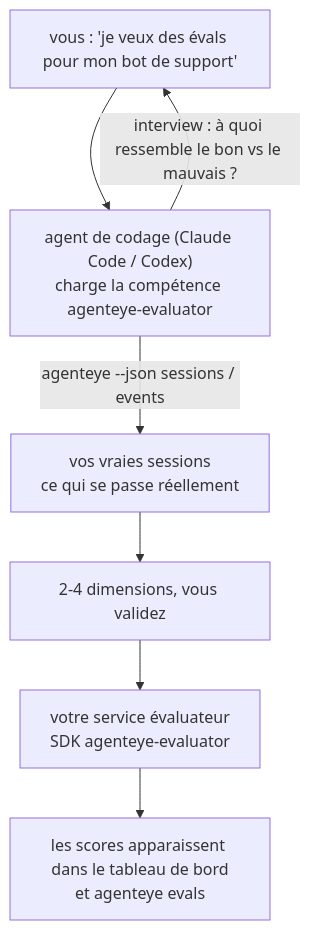
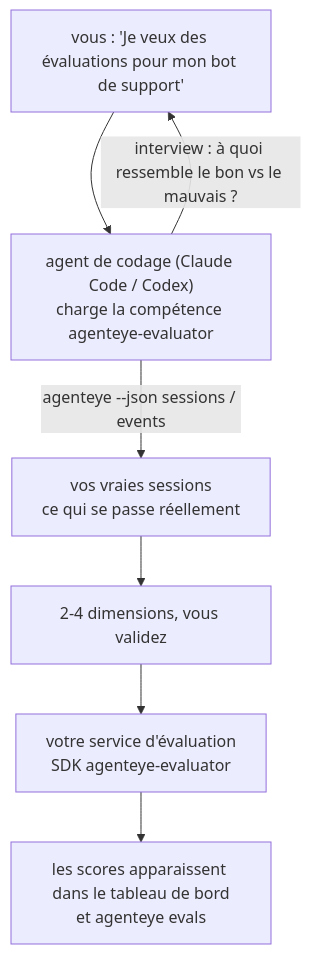
Before and after one commit to FailproofAI/failproofai: the diagram in docs/fr/agenteye/evaluator-skill.mdx, drawn with Mermaid. The commit also changed other lines of this file and 677 other files, not shown here.

````diff
--- a/docs/fr/agenteye/evaluator-skill.mdx
+++ b/docs/fr/agenteye/evaluator-skill.mdx
@@ -21,9 +21,9 @@
 ```mermaid
 flowchart TD
-    YOU["vous : 'je veux des évals pour mon bot de support'"] --> AGENT["agent de codage (Claude Code / Codex)<br/>charge la compétence agenteye-evaluator"]
+    YOU["vous : 'Je veux des évaluations pour mon bot de support'"] --> AGENT["agent de codage (Claude Code / Codex)<br/>charge la compétence agenteye-evaluator"]
     AGENT -->|"interview : à quoi ressemble le bon vs le mauvais ?"| YOU
     AGENT -->|"agenteye --json sessions / events"| DATA["vos vraies sessions<br/>ce qui se passe réellement"]
     DATA --> DIMS["2-4 dimensions, vous validez"]
-    DIMS --> SVC["votre service évaluateur<br/>SDK agenteye-evaluator"]
+    DIMS --> SVC["votre service d'évaluation<br/>SDK agenteye-evaluator"]
     SVC --> SCORES["les scores apparaissent dans le tableau de bord<br/>et agenteye evals"]
 ```
````
